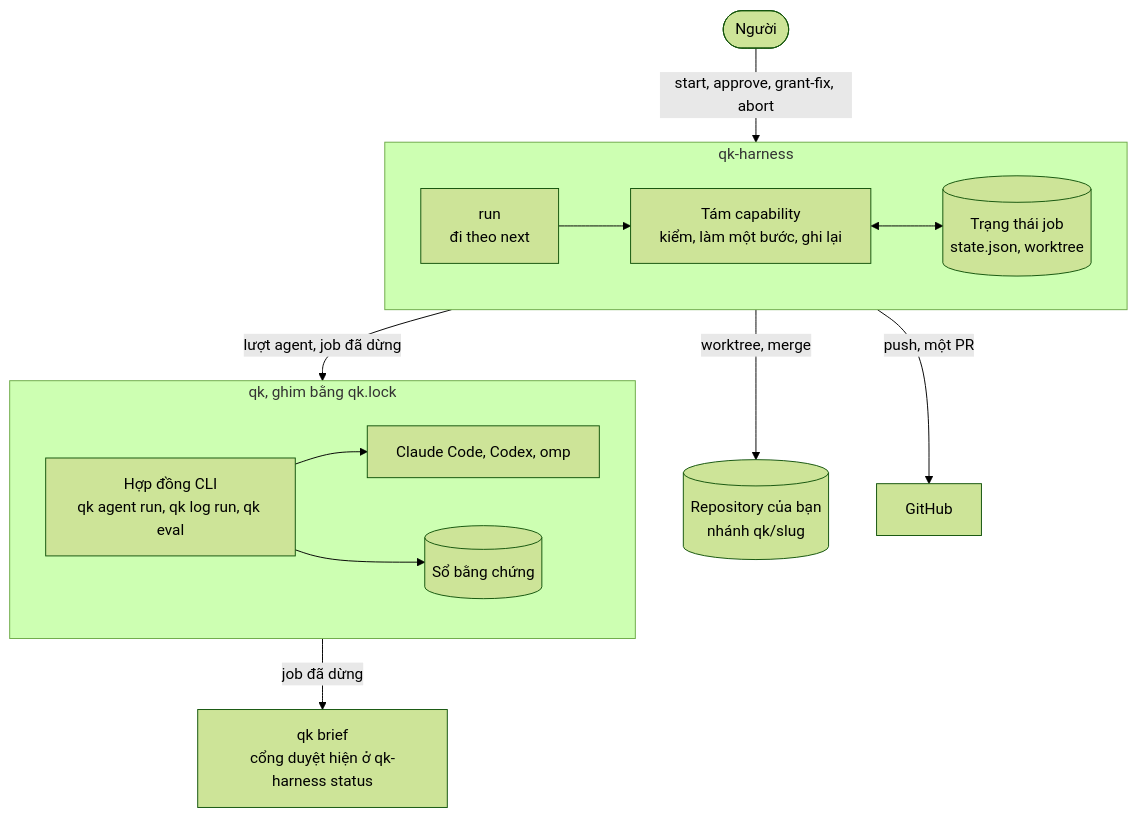
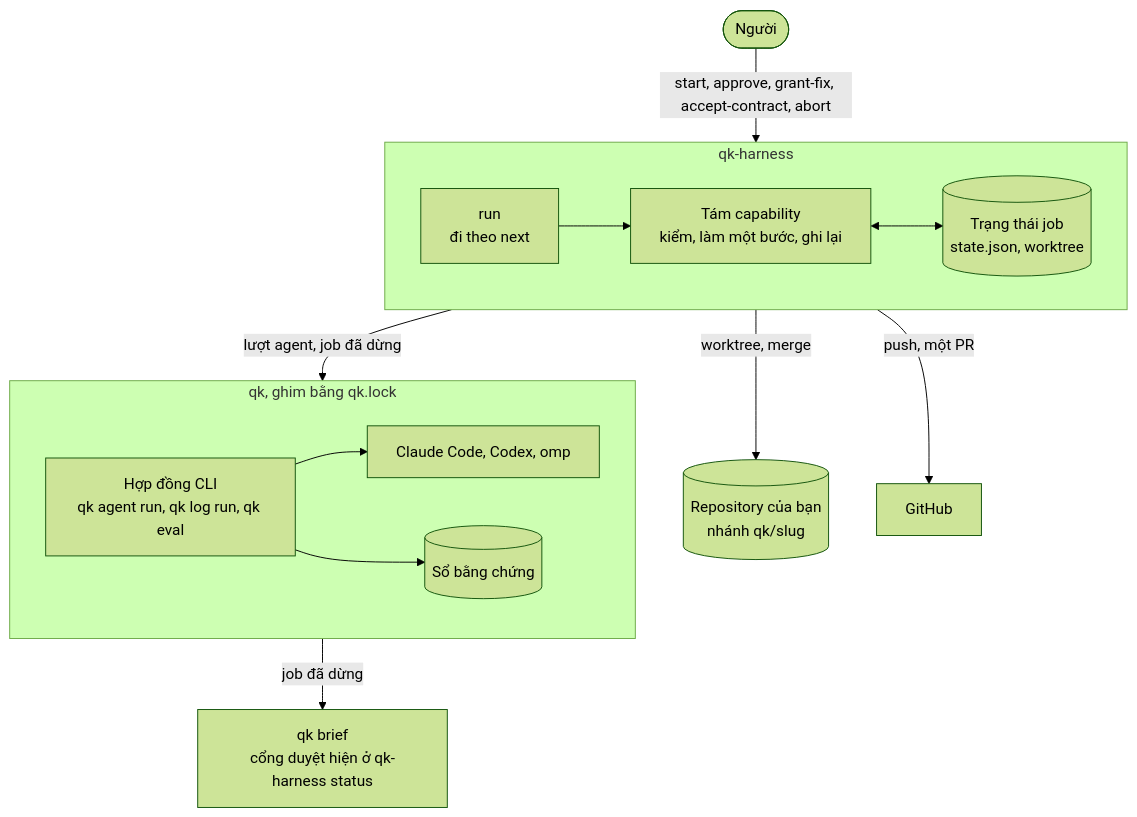
The diagram in docs/vi/guide.md (dakiquang/qk-harness), drawn with Mermaid (forest theme) before and after one commit. The commit also changed other lines of this file and 6 other files, not shown here.

Commit message:
feat: let a person accept a contract with review findings (#3)

````diff
--- a/docs/vi/guide.md
+++ b/docs/vi/guide.md
@@ -14,18 +14,18 @@
 ```mermaid
 flowchart TB
-    person(["Người"]) -- "start, approve, grant-fix, abort" --> harness
+    person(["Người"]) -- "start, approve, grant-fix, accept-contract, abort" --> harness
     subgraph harness ["qk-harness"]
         direction LR
         coord["run<br/>đi theo next"] --> caps["Tám capability<br/>kiểm, làm một bước, ghi lại"]
         caps <--> state[("Trạng thái job<br/>state.json, worktree")]
     end
     harness -- "lượt agent, job đã dừng" --> qk
     harness -- "worktree, merge" --> repo[("Repository của bạn<br/>nhánh qk/slug")]
     harness -- "push, một PR" --> github["GitHub"]
     subgraph qk ["qk, ghim bằng qk.lock"]
         direction LR
         cli["Hợp đồng CLI<br/>qk agent run, qk log run, qk eval"] --> runtimes["Claude Code, Codex, omp"]
         cli --> ledger[("Sổ bằng chứng")]
     end
     qk -- "job đã dừng" --> brief["qk brief<br/>cổng duyệt hiện ở qk-harness status"]
 ```
````
